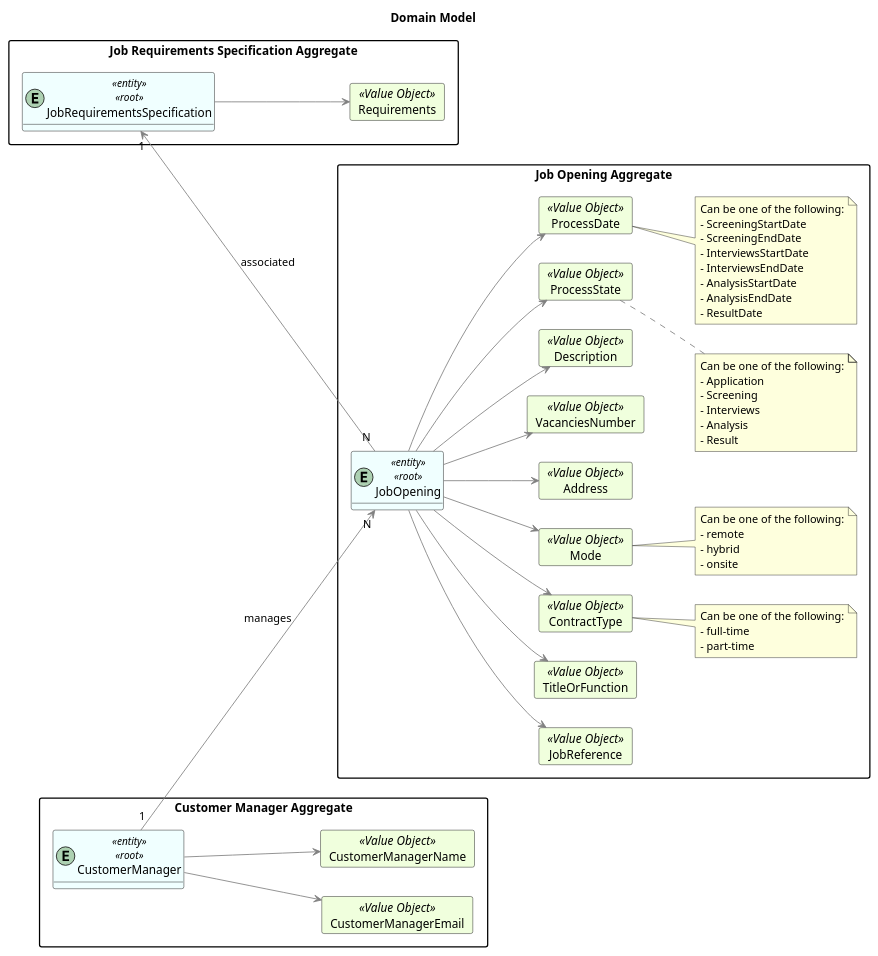
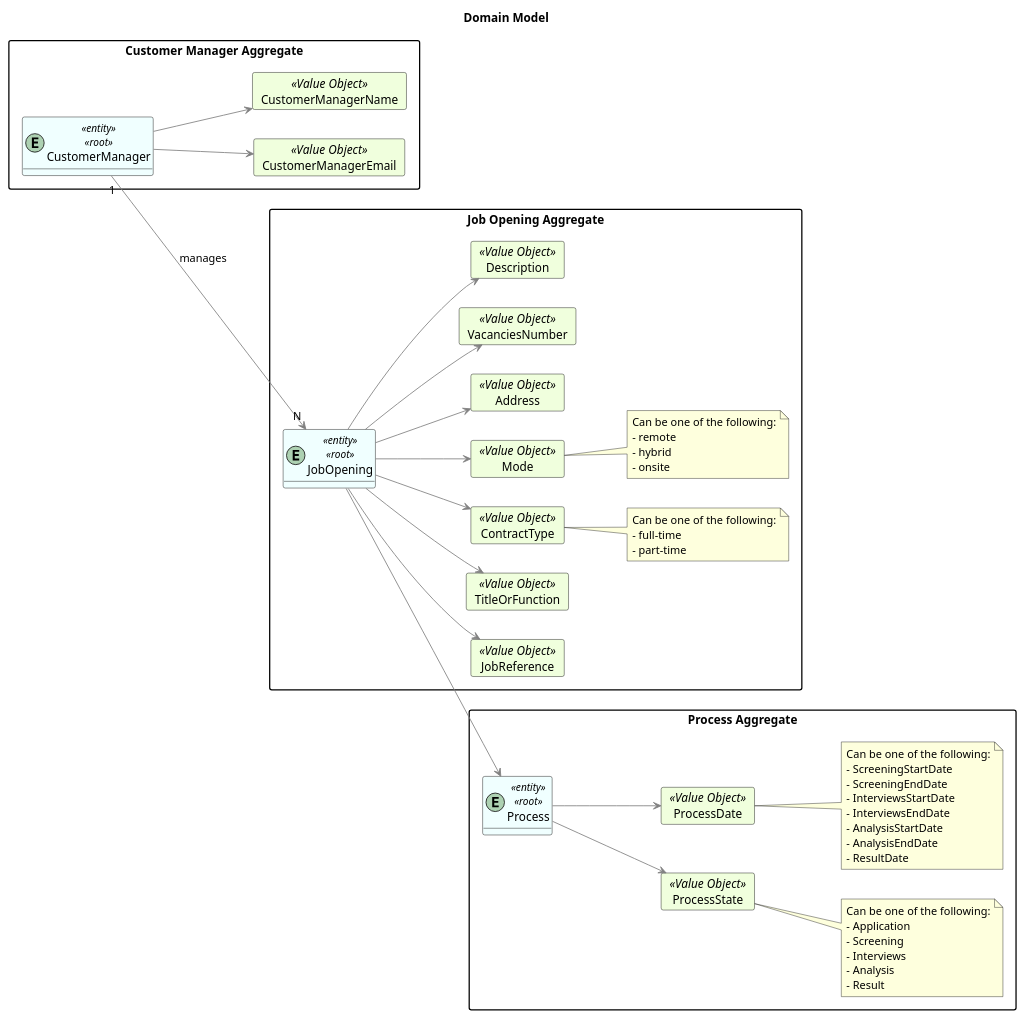
One commit to MiguelCardoso77/LAPR4 changed the diagram in docs/SprintB/1002/1002-domain-model.puml. Above: the diagram before and after it, drawn with PlantUML.

Commit message:
#10 - domain model - jobRequirementsSpecification were removed from this uc domain model

```diff
--- a/docs/SprintB/1002/1002-domain-model.puml
+++ b/docs/SprintB/1002/1002-domain-model.puml
@@ -1,120 +1,115 @@
 @startuml
 hide methods
 left to right direction
 'skinparam linetype ortho
 
 Title "Domain Model"
 
 skinparam class {
     LifeLineBorderColor DarkBlue
     LifeLineBackgroundColor APPLICATION
     BackgroundColor #F0FFFF
     ArrowColor grey
     BorderColor black
 }
 
 skinparam packageStyle rectangle
 
 skinparam card {
     LifeLineBorderColor Green
     LifeLineBackgroundColor APPLICATION
     BackgroundColor #F0FFDD
     ArrowColor DarkGrey
     BorderColor Black
 }
 
-
-package "Job Requirements Specification Aggregate"{
-entity JobRequirementsSpecification <<entity>><<root>>
-
-    card Requirements <<Value Object>>{
-    }
-
-        JobRequirementsSpecification --> Requirements
-
-}
-
 package "Job Opening Aggregate"{
 entity JobOpening <<entity>><<root>>
 
     card JobReference <<Value Object>> {
     }
     card TitleOrFunction <<Value Object>> {
     }
     card ContractType <<Value Object>> {
     }
     card Mode <<Value Object>> {
     }
     card Address <<Value Object>> {
     }
     card VacanciesNumber <<Value Object>> {
     }
     card Description <<Value Object>> {
     }
-    card ProcessState <<Value Object>> {
-    }
-    card ProcessDate <<Value Object>> {
-    }
 
     JobOpening --> JobReference
     JobOpening --> TitleOrFunction
     JobOpening --> ContractType
     JobOpening --> Mode
     JobOpening --> Address
     JobOpening --> VacanciesNumber
     JobOpening --> Description
-    JobOpening --> ProcessState
-    JobOpening --> ProcessDate
 
     note right of ContractType
         Can be one of the following:
         - full-time
         - part-time
     end note
 
     note right of Mode
          Can be one of the following:
          - remote
          - hybrid
          - onsite
     end note
 
+}
+
+package "Process Aggregate"{
+entity Process <<entity>><<root>>
+
+    card ProcessState <<Value Object>> {
+    }
+    card ProcessDate <<Value Object>> {
+    }
+
+    Process --> ProcessState
+    Process --> ProcessDate
+
     note right of ProcessDate
-                  Can be one of the following:
-                  - ScreeningStartDate
-                  - ScreeningEndDate
-                  - InterviewsStartDate
-                  - InterviewsEndDate
-                  - AnalysisStartDate
-                  - AnalysisEndDate
-                  - ResultDate
+        Can be one of the following:
+        - ScreeningStartDate
+        - ScreeningEndDate
+        - InterviewsStartDate
+        - InterviewsEndDate
+        - AnalysisStartDate
+        - AnalysisEndDate
+        - ResultDate
     end note
 
     note right of ProcessState
-            Can be one of the following:
-            - Application
-            - Screening
-            - Interviews
-            - Analysis
-            - Result
+        Can be one of the following:
+        - Application
+        - Screening
+        - Interviews
+        - Analysis
+        - Result
     end note
 }
 
 
 package "Customer Manager Aggregate"{
 entity CustomerManager <<entity>><<root>>
 
     card CustomerManagerEmail <<Value Object>> {
     }
     card CustomerManagerName <<Value Object>> {
     }
 
     CustomerManager --> CustomerManagerEmail
     CustomerManager --> CustomerManagerName
 }
 
-    JobRequirementsSpecification "1" <-- "N" JobOpening : associated
-
+    JobOpening  --> Process
     CustomerManager "1" --> "N" JobOpening : manages
 
 @enduml
```
